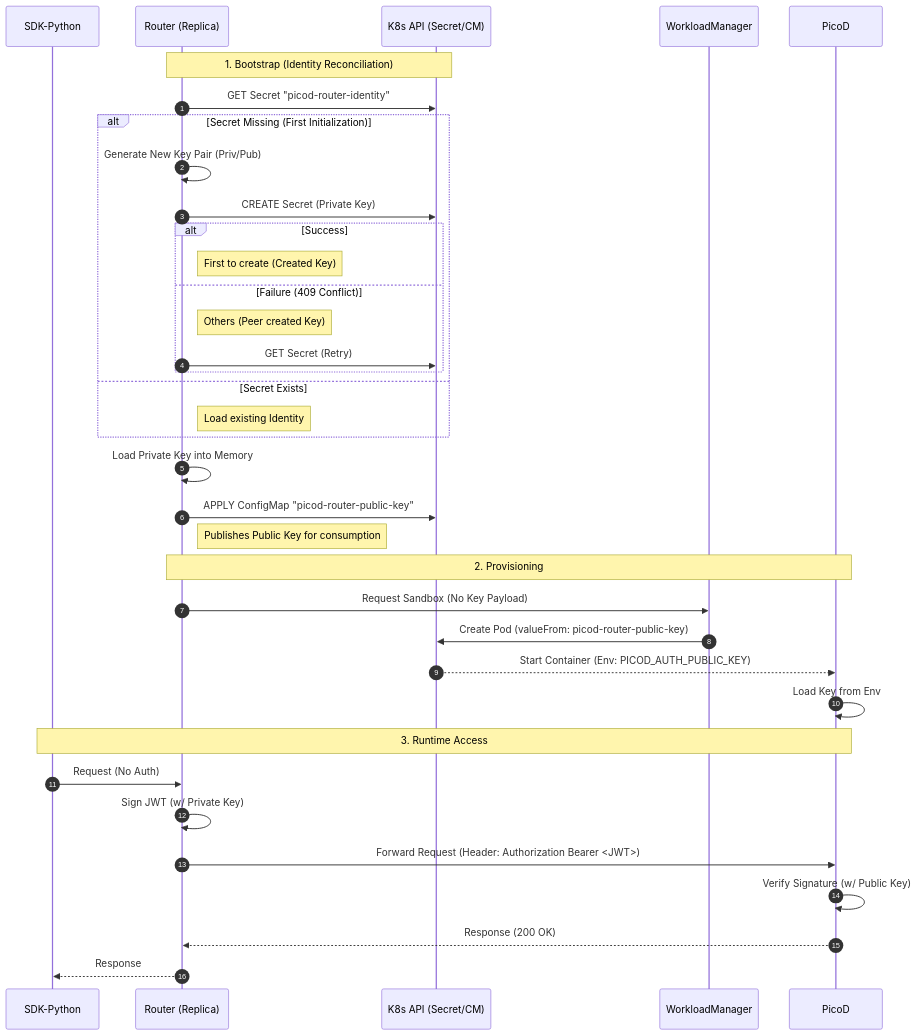
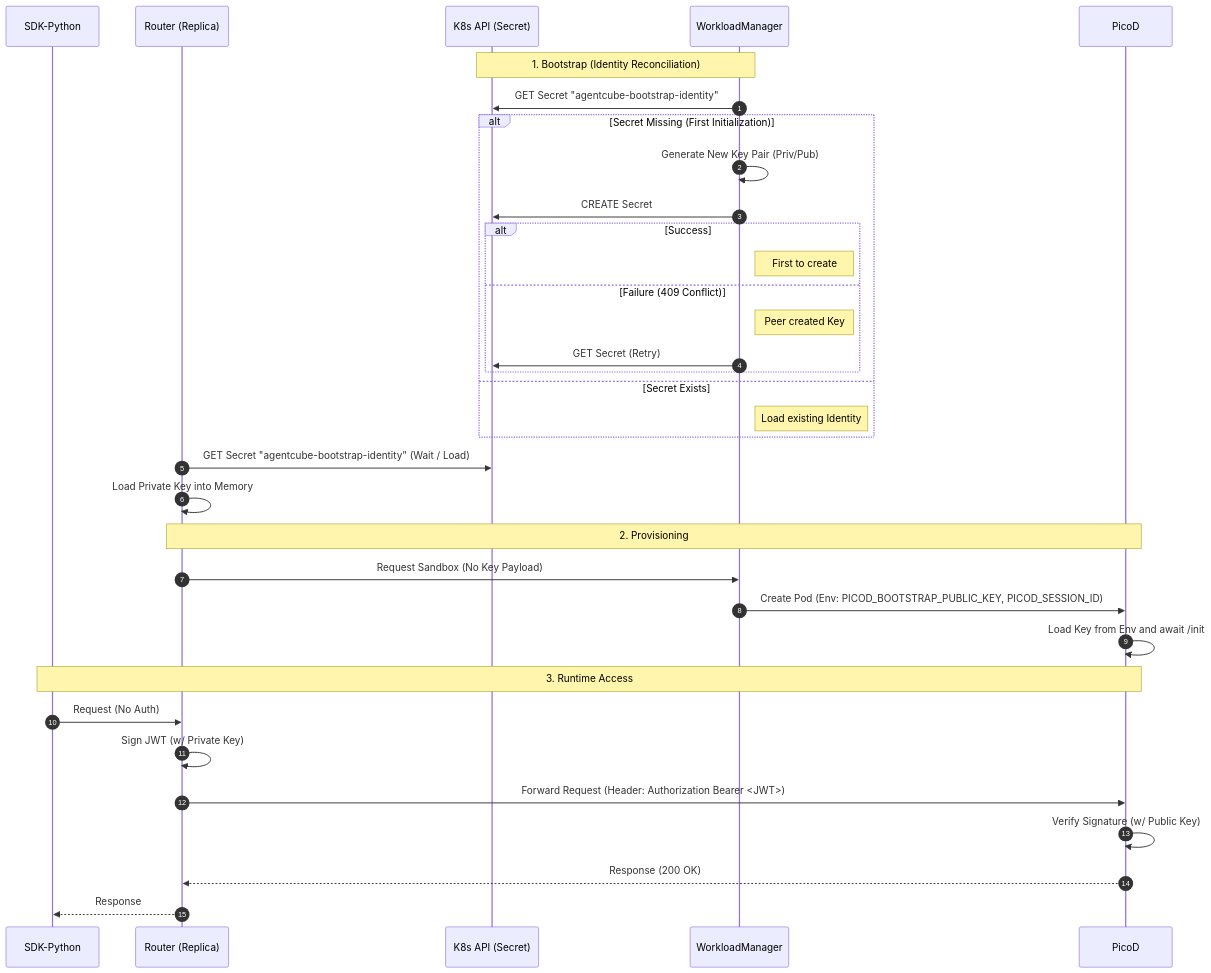
One commit to volcano-sh/agentcube changed the diagram in docs/design/PicoD-Plain-Authentication-Design.md. Above: the diagram before and after it, drawn with Mermaid. The commit also changed other lines of this file and 39 other files, not shown here.

Commit message:
feat(picod): implement secure initialization improvements and persist bootstrap keys

````diff
--- a/docs/design/PicoD-Plain-Authentication-Design.md
+++ b/docs/design/PicoD-Plain-Authentication-Design.md
@@ -74,44 +82,42 @@
 ```mermaid
 sequenceDiagram
     autonumber
     participant SDK as SDK-Python
     participant Router as Router (Replica)
-    participant K8s as K8s API (Secret/CM)
+    participant K8s as K8s API (Secret)
     participant WM as WorkloadManager
     participant PicoD as PicoD
 
-    Note over Router, K8s: 1. Bootstrap (Identity Reconciliation)
-    Router->>K8s: GET Secret "picod-router-identity"
+    Note over WM, K8s: 1. Bootstrap (Identity Reconciliation)
+    WM->>K8s: GET Secret "agentcube-bootstrap-identity"
     
     alt Secret Missing (First Initialization)
-        Router->>Router: Generate New Key Pair (Priv/Pub)
-        Router->>K8s: CREATE Secret (Private Key)
+        WM->>WM: Generate New Key Pair (Priv/Pub)
+        WM->>K8s: CREATE Secret
         
         alt Success
-            Note right of Router: First to create (Created Key)
+            Note right of WM: First to create
         else Failure (409 Conflict)
-            Note right of Router: Others (Peer created Key)
-            Router->>K8s: GET Secret (Retry)
+            Note right of WM: Peer created Key
+            WM->>K8s: GET Secret (Retry)
         end
     else Secret Exists
-        Note right of Router: Load existing Identity
+        Note right of WM: Load existing Identity
     end
 
+    Router->>K8s: GET Secret "agentcube-bootstrap-identity" (Wait / Load)
     Router->>Router: Load Private Key into Memory
-    Router->>K8s: APPLY ConfigMap "picod-router-public-key"
-    Note right of Router: Publishes Public Key for consumption
 
     Note over Router, PicoD: 2. Provisioning
     Router->>WM: Request Sandbox (No Key Payload)
-    WM->>K8s: Create Pod (valueFrom: picod-router-public-key)
-    K8s-->>PicoD: Start Container (Env: PICOD_AUTH_PUBLIC_KEY)
-    PicoD->>PicoD: Load Key from Env
+    WM->>PicoD: Create Pod (Env: PICOD_BOOTSTRAP_PUBLIC_KEY, PICOD_SESSION_ID)
+    PicoD->>PicoD: Load Key from Env and await /init
 
     Note over SDK, PicoD: 3. Runtime Access
     SDK->>Router: Request (No Auth)
     Router->>Router: Sign JWT (w/ Private Key)
     Router->>PicoD: Forward Request (Header: Authorization Bearer <JWT>)
     PicoD->>PicoD: Verify Signature (w/ Public Key)
     PicoD-->>Router: Response (200 OK)
     Router-->>SDK: Response
 ```
````
